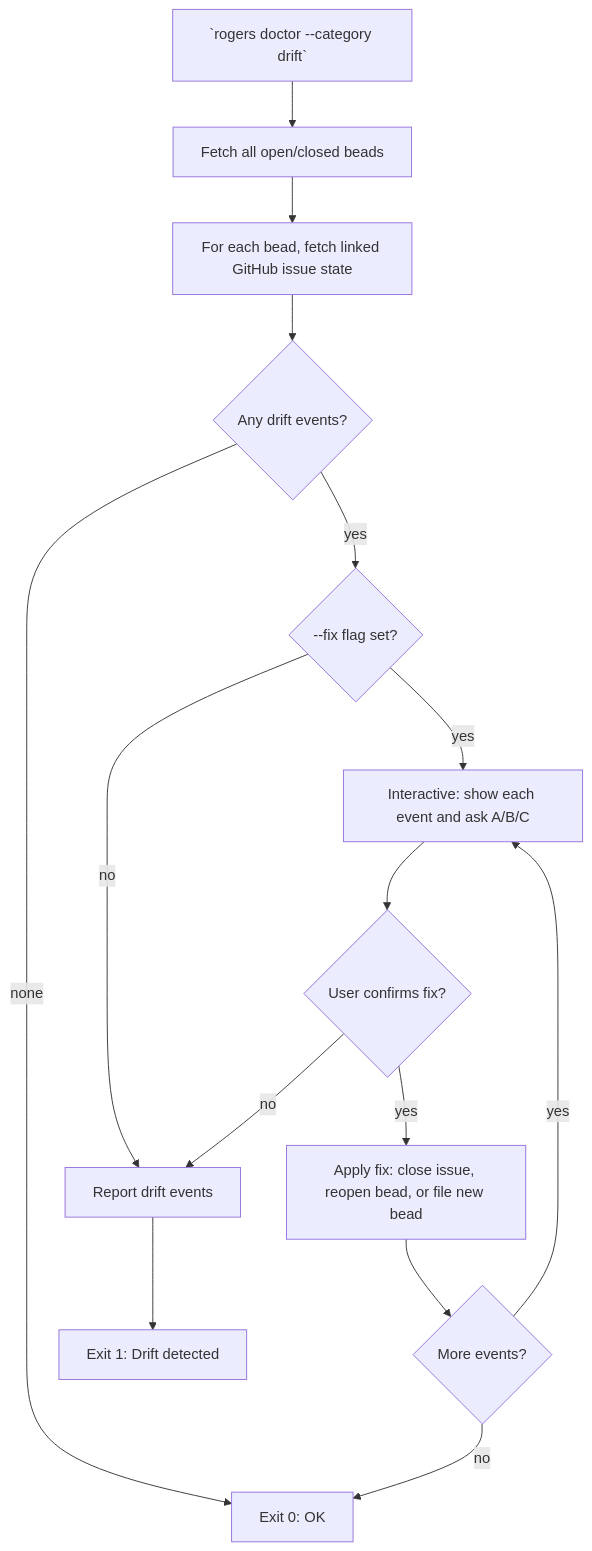
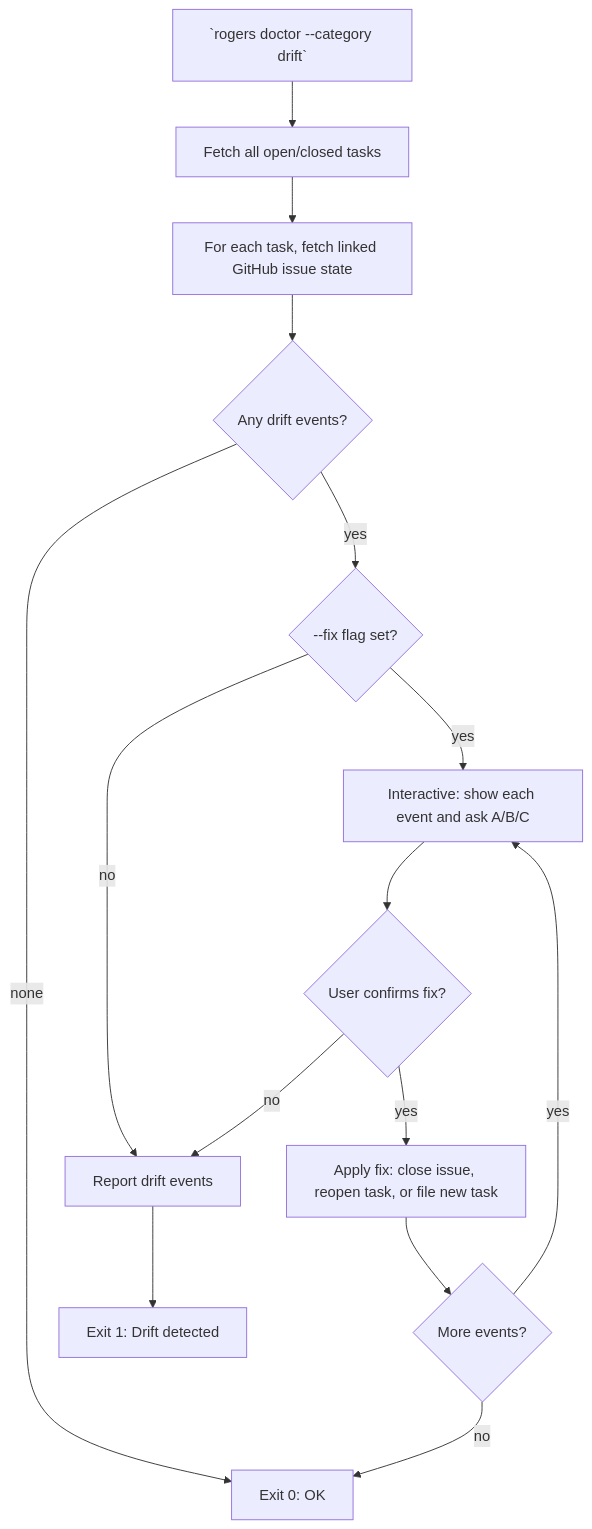
The diagram in plans/doctor-plan.md (lesserevil/rogers), drawn with Mermaid before and after one commit. The commit also changed other lines of this file and 248 other files, not shown here.

````diff
--- a/plans/doctor-plan.md
+++ b/plans/doctor-plan.md
@@ -239,17 +240,17 @@
 ```mermaid
 flowchart TD
-    A[`rogers doctor --category drift`] --> B[Fetch all open/closed beads]
-    B --> C[For each bead, fetch linked GitHub issue state]
+    A[`rogers doctor --category drift`] --> B[Fetch all open/closed tasks]
+    B --> C[For each task, fetch linked GitHub issue state]
     C --> D{Any drift events?}
     D -->|none| Z[Exit 0: OK]
     D -->|yes| E{--fix flag set?}
     E -->|no| F[Report drift events]
     F --> G[Exit 1: Drift detected]
     E -->|yes| H[Interactive: show each event and ask A/B/C]
     H --> I{User confirms fix?}
     I -->|no| F
-    I -->|yes| J[Apply fix: close issue, reopen bead, or file new bead]
+    I -->|yes| J[Apply fix: close issue, reopen task, or file new task]
     J --> K{More events?}
     K -->|yes| H
     K -->|no| Z
 ```
````
